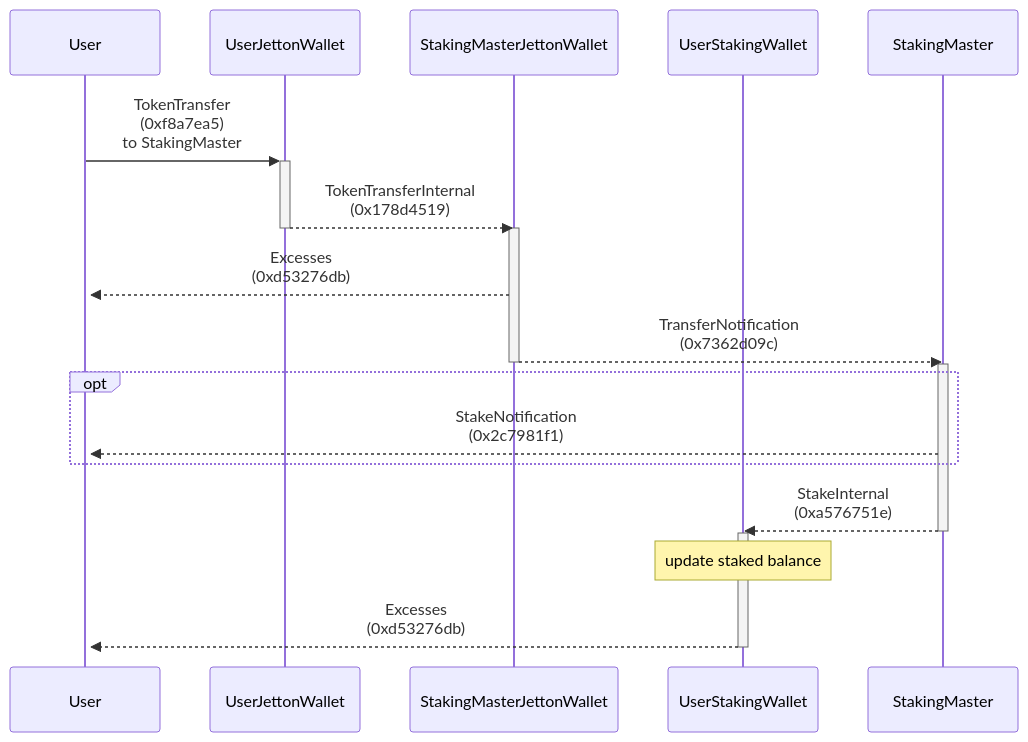
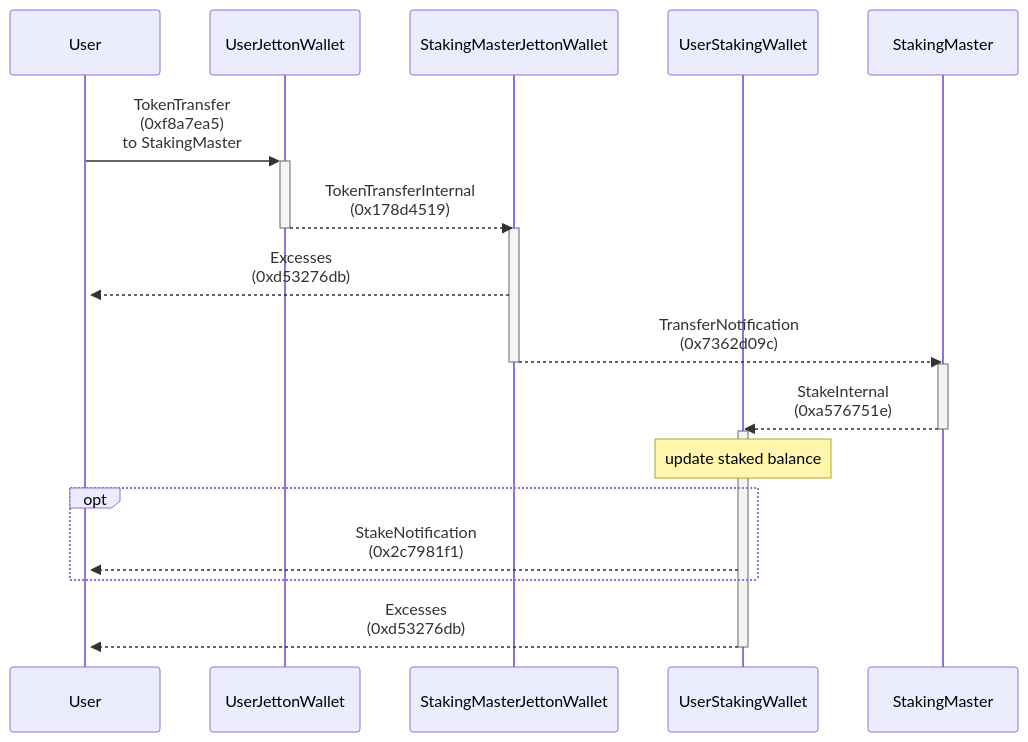
The second of 4 diagrams in contracts/staking/README.md (Laisky/tact-utils), drawn with Mermaid before and after one commit. The commit also changed other lines of this file and 5 other files, not shown here.

````diff
--- a/contracts/staking/README.md
+++ b/contracts/staking/README.md
@@ -56,22 +56,22 @@
 ```mermaid
 sequenceDiagram
     participant C as User
     participant D as UserJettonWallet
     participant E as StakingMasterJettonWallet
     participant B as UserStakingWallet
     participant A as StakingMaster
 
     C ->>+ D: TokenTransfer<BR />(0xf8a7ea5)<BR />to StakingMaster
     D -->>- E: TokenTransferInternal<BR />(0x178d4519)
     activate E
     E -->>+ C: Excesses<BR />(0xd53276db)
     E -->>- A: TransferNotification<BR />(0x7362d09c)
     activate A
-    opt
-        A -->> C: StakeNotification<BR />(0x2c7981f1)
-    end
     A -->>- B: StakeInternal<BR />(0xa576751e)
     activate B
     Note over B: update staked balance
+    opt
+        B -->> C: StakeNotification<BR />(0x2c7981f1)
+    end
     B -->>- C: Excesses<BR />(0xd53276db)
 ```
````
